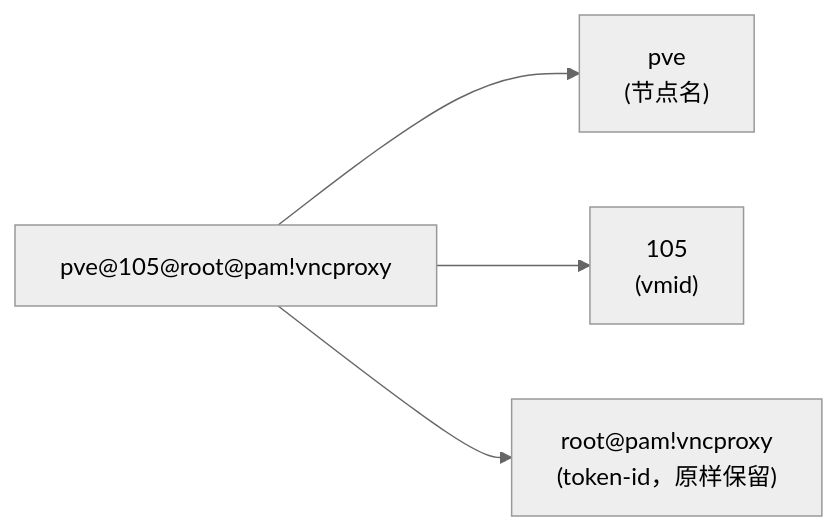
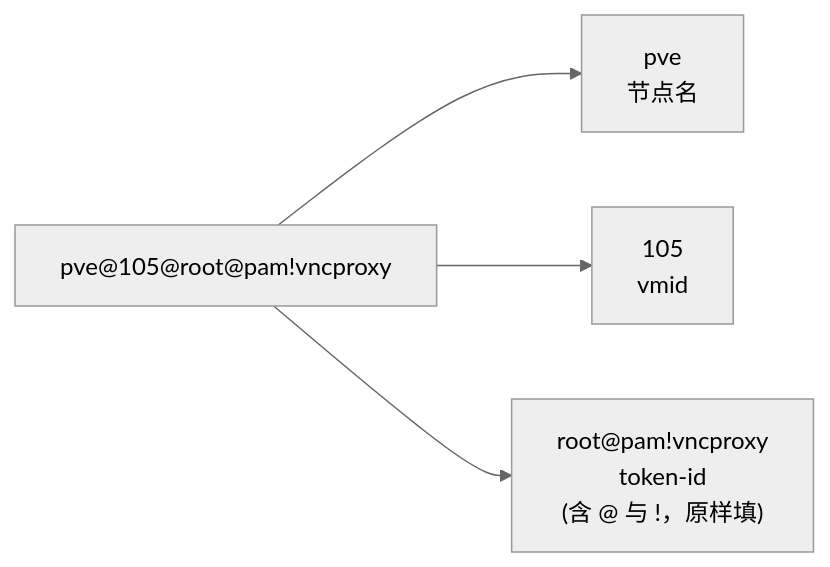
The third of 3 diagrams in README.zh-CN.md (dreamhunter2333/pve-vnc-proxy), drawn with Mermaid (neutral theme) before and after one commit. The commit also changed other lines of this file and 1 other file, not shown here.

````diff
--- a/README.zh-CN.md
+++ b/README.zh-CN.md
@@ -133,7 +138,7 @@
 ```mermaid
 flowchart LR
     U["pve@105@root@pam!vncproxy"]
-    U --> N["pve<br/>(节点名)"]
-    U --> V["105<br/>(vmid)"]
-    U --> T["root@pam!vncproxy<br/>(token-id，原样保留)"]
+    U --> N["pve<br/>节点名"]
+    U --> V["105<br/>vmid"]
+    U --> T["root@pam!vncproxy<br/>token-id<br/>(含 @ 与 !，原样填)"]
 ```
````
